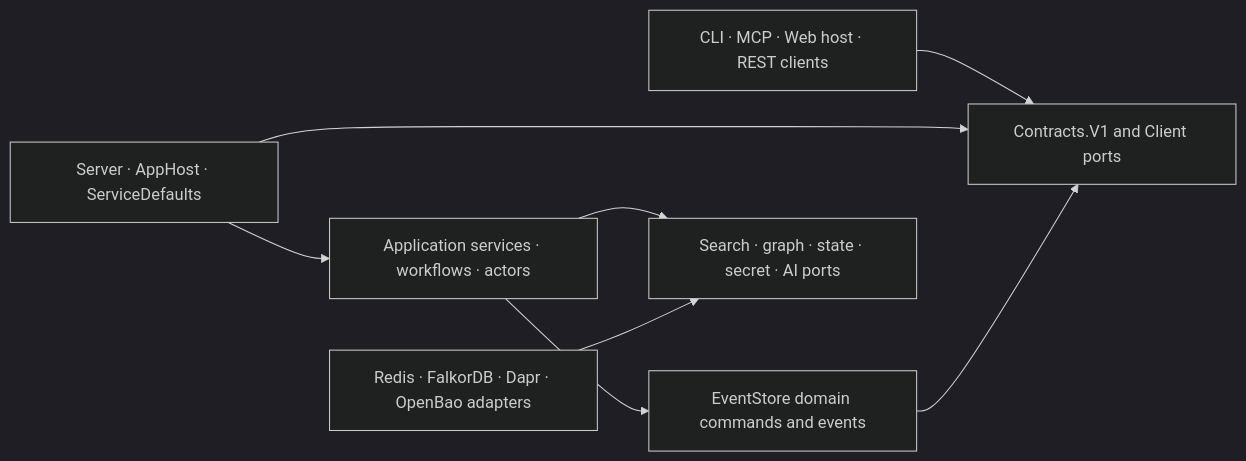
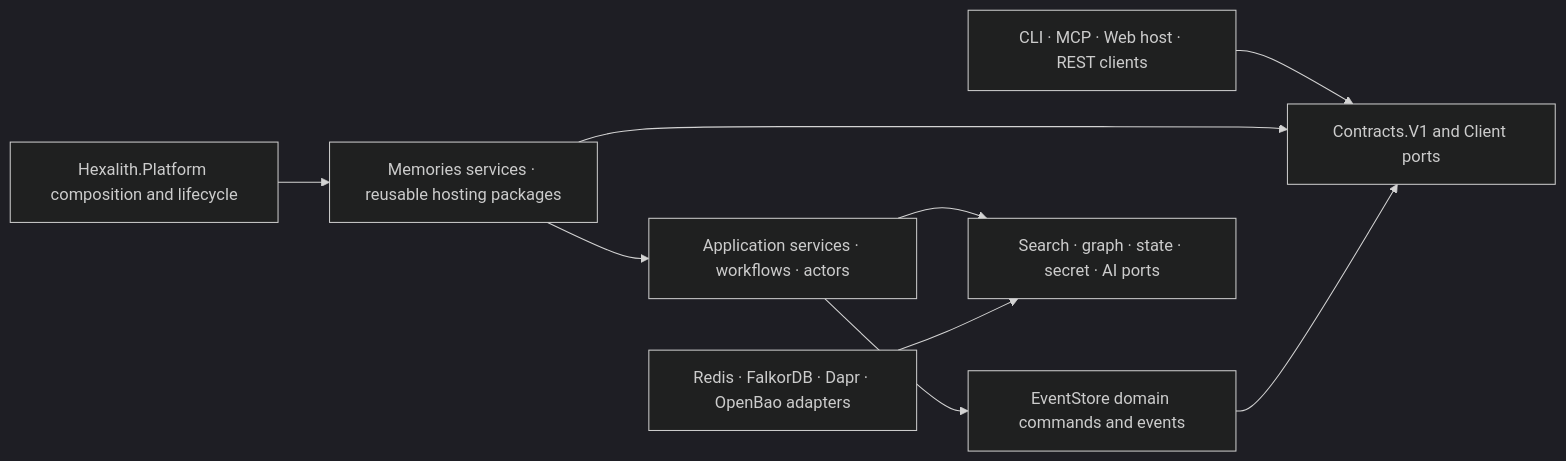
Before and after one commit to Hexalith/Hexalith.Memories: the first of 2 diagrams in _bmad-output/planning-artifacts/architecture/architecture-memories-2026-09-09/ARCHITECTURE-SPINE.md, drawn with Mermaid (dark theme). The commit also changed other lines of this file and 31 other files, not shown here.

````diff
--- a/_bmad-output/planning-artifacts/architecture/architecture-memories-2026-09-09/ARCHITECTURE-SPINE.md
+++ b/_bmad-output/planning-artifacts/architecture/architecture-memories-2026-09-09/ARCHITECTURE-SPINE.md
@@ -74,10 +76,11 @@
 ```mermaid
 flowchart LR
     Surfaces[CLI · MCP · Web host · REST clients] --> Contracts[Contracts.V1 and Client ports]
-    Hosts[Server · AppHost · ServiceDefaults] --> Contracts
+    Platform[Hexalith.Platform composition and lifecycle] --> Hosts[Memories services · reusable hosting packages]
+    Hosts --> Contracts
     Hosts --> Application[Application services · workflows · actors]
     Application --> Domain[EventStore domain commands and events]
     Application --> Ports[Search · graph · state · secret · AI ports]
     Adapters[Redis · FalkorDB · Dapr · OpenBao adapters] --> Ports
     Domain --> Contracts
 ```
````
